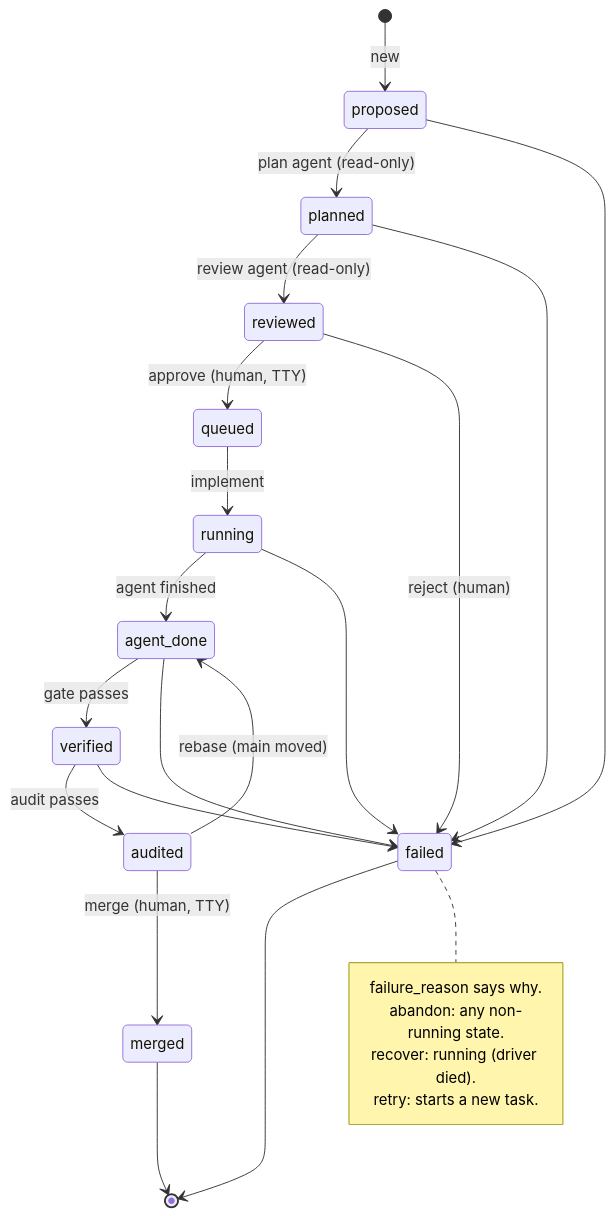
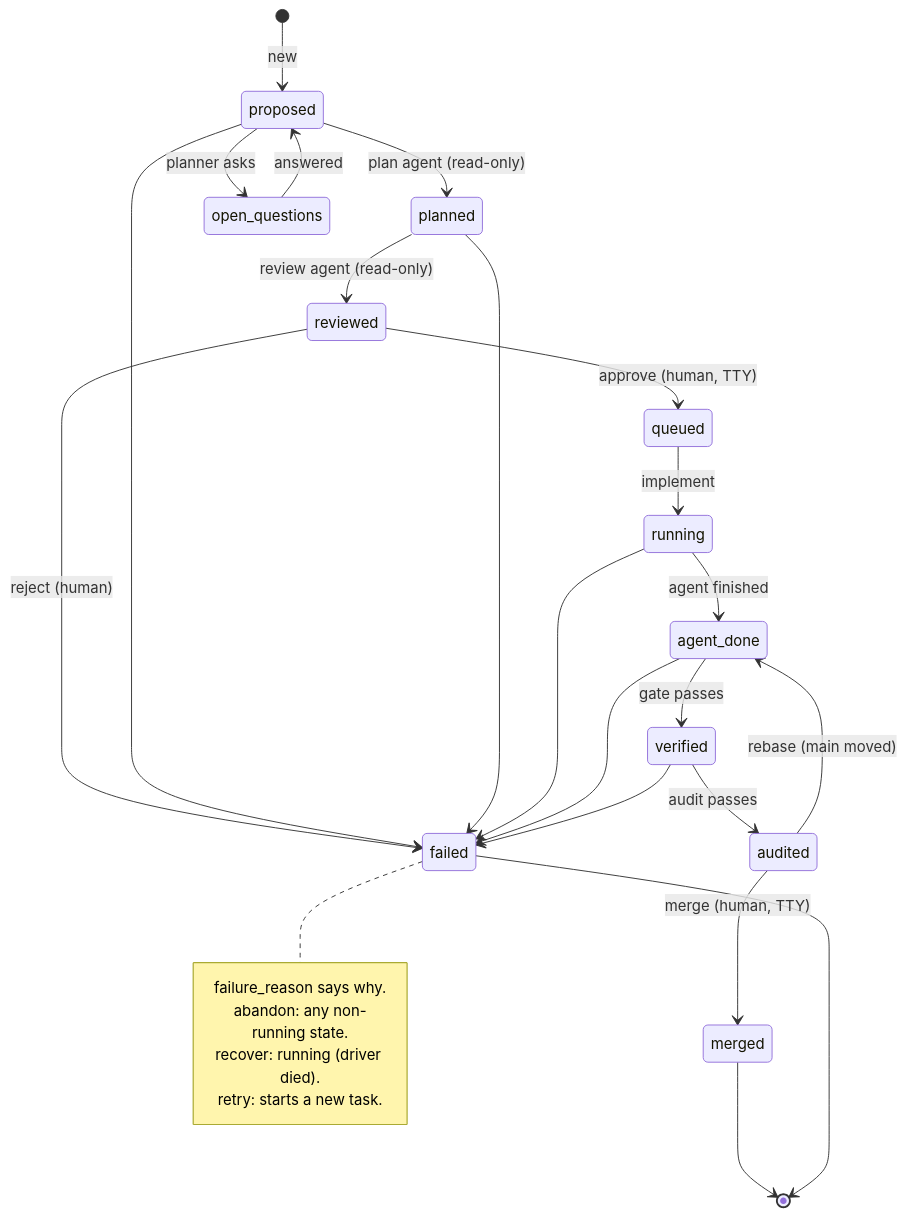
Before and after one commit to jshiell/factory: the first of 3 diagrams in README.md, drawn with Mermaid. The commit also changed other lines of this file, not shown here.

````diff
--- a/README.md
+++ b/README.md
@@ -149,27 +160,29 @@
 ```mermaid
 stateDiagram-v2
     [*] --> proposed: new
     proposed --> planned: plan agent (read-only)
+    proposed --> open_questions: planner asks
+    open_questions --> proposed: answered
     planned --> reviewed: review agent (read-only)
     reviewed --> queued: approve (human, TTY)
     reviewed --> failed: reject (human)
     queued --> running: implement
     running --> agent_done: agent finished
     agent_done --> verified: gate passes
     verified --> audited: audit passes
     audited --> merged: merge (human, TTY)
     audited --> agent_done: rebase (main moved)
     proposed --> failed
     planned --> failed
     running --> failed
     agent_done --> failed
     verified --> failed
     merged --> [*]
     failed --> [*]
     note right of failed
         failure_reason says why.
         abandon: any non-running state.
         recover: running (driver died).
         retry: starts a new task.
     end note
 ```
````
